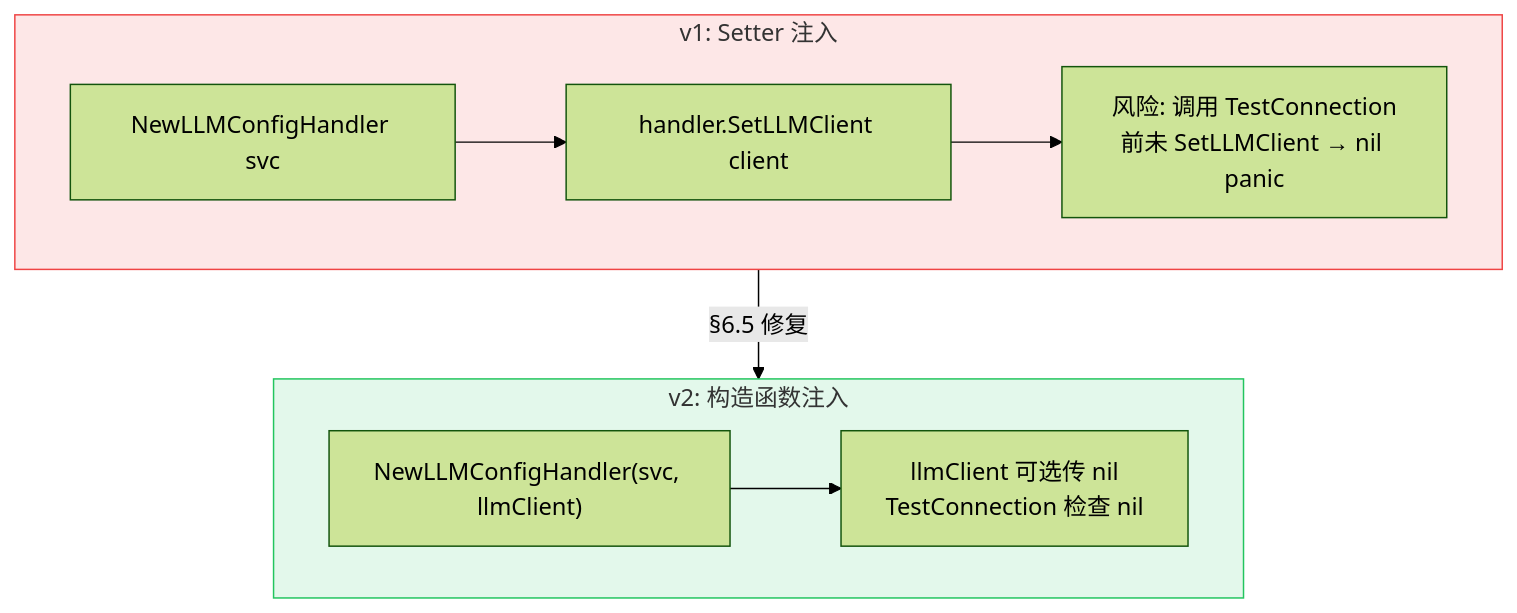
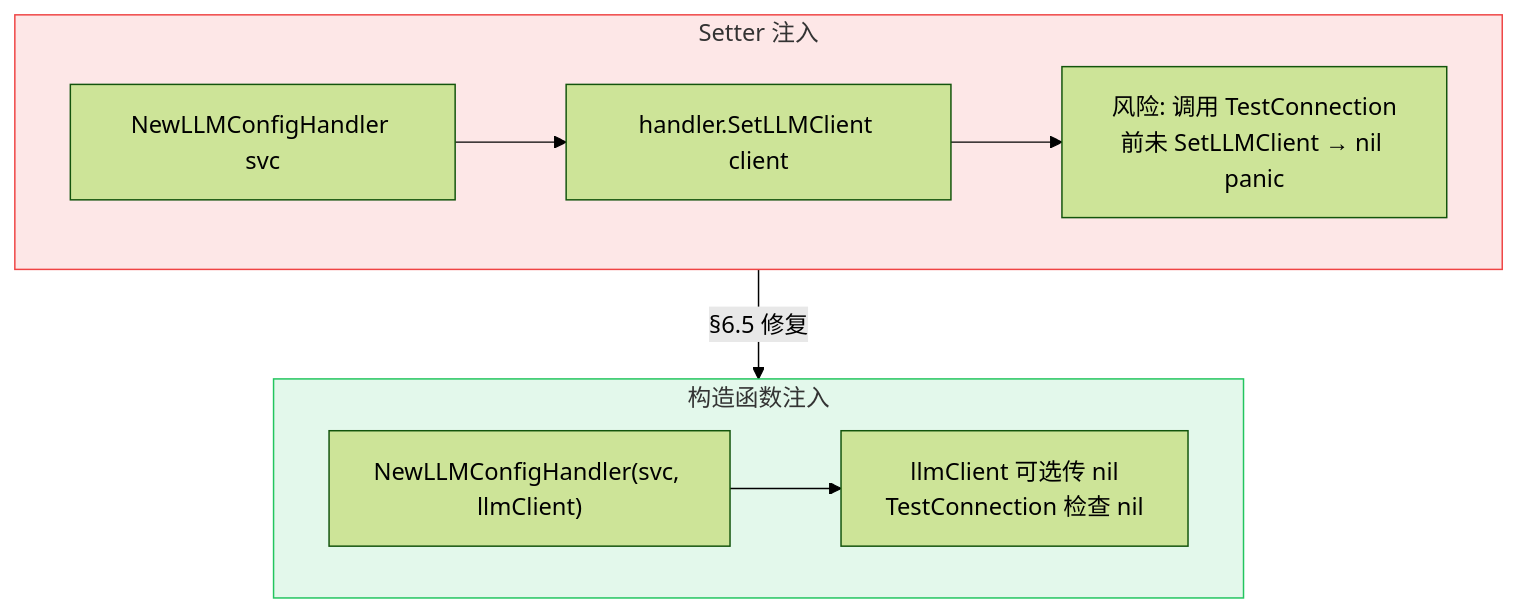
Before and after one commit to hua-2005/OpsMind: the fourth of 4 diagrams in docs/diagrams/llm-config-flow.md, drawn with Mermaid (forest theme). The commit also changed other lines of this file and 46 other files, not shown here.

````diff
--- a/docs/diagrams/llm-config-flow.md
+++ b/docs/diagrams/llm-config-flow.md
@@ -104,13 +104,13 @@
 ```mermaid
 flowchart TD
-    subgraph Before["v1: Setter 注入"]
+    subgraph Before["Setter 注入"]
         B1[NewLLMConfigHandler svc] --> B2[handler.SetLLMClient client]
         B2 --> B3["风险: 调用 TestConnection<br/>前未 SetLLMClient → nil panic"]
     end
-    subgraph After["v2: 构造函数注入"]
+    subgraph After["构造函数注入"]
         A1["NewLLMConfigHandler(svc, llmClient)"] --> A2["llmClient 可选传 nil<br/>TestConnection 检查 nil"]
     end
     Before -->|"§6.5 修复"| After
     style Before fill:#ef444420,stroke:#ef4444
     style After fill:#22c55e20,stroke:#22c55e
 ```
````
